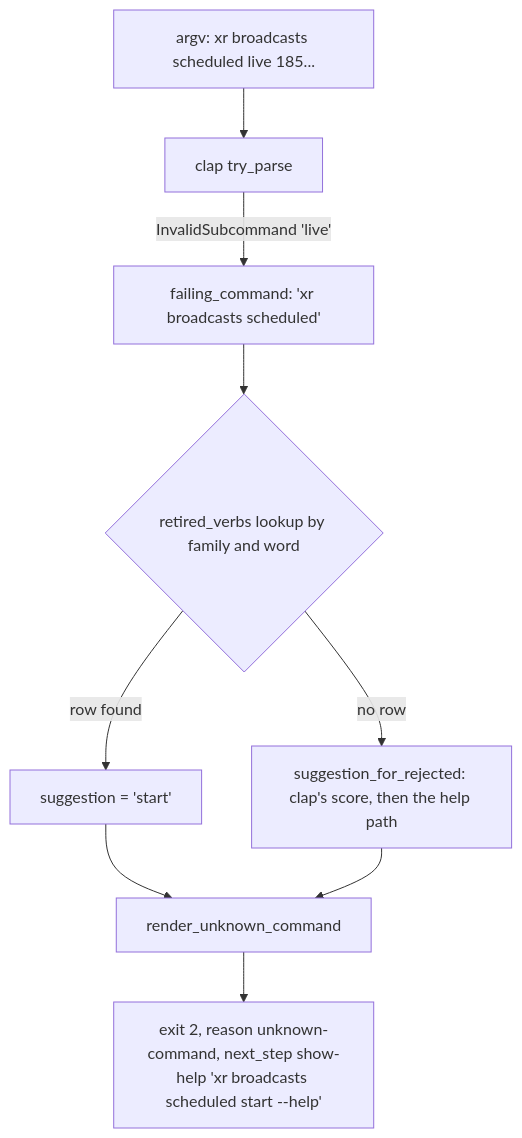
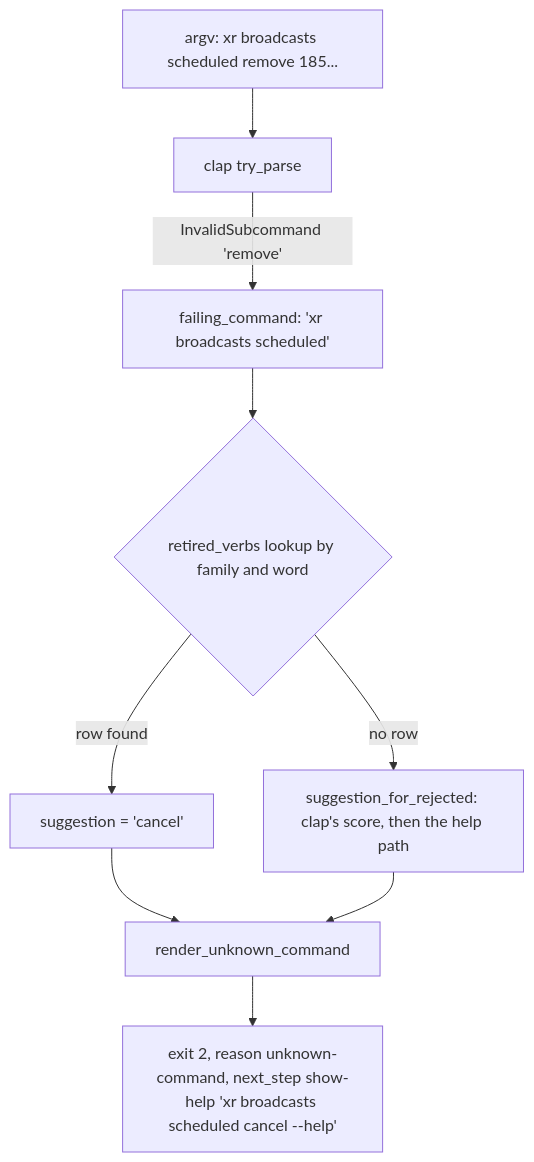
One commit to brettdavies/xurl-rs changed the diagram in docs/plans/2026-10-28-1849-feat-sibling-verb-alignment-plan.md. Above: the diagram before and after it, drawn with Mermaid. The commit also changed other lines of this file, not shown here.

````diff
--- a/docs/plans/2026-10-28-1849-feat-sibling-verb-alignment-plan.md
+++ b/docs/plans/2026-10-28-1849-feat-sibling-verb-alignment-plan.md
@@ -292,11 +270,11 @@
 ```mermaid
 flowchart TB
-  A["argv: xr broadcasts scheduled live 185..."] --> B["clap try_parse"]
-  B -->|InvalidSubcommand 'live'| C["failing_command: 'xr broadcasts scheduled'"]
+  A["argv: xr broadcasts scheduled remove 185..."] --> B["clap try_parse"]
+  B -->|InvalidSubcommand 'remove'| C["failing_command: 'xr broadcasts scheduled'"]
   C --> D{"retired_verbs lookup by family and word"}
-  D -->|row found| E["suggestion = 'start'"]
+  D -->|row found| E["suggestion = 'cancel'"]
   D -->|no row| F["suggestion_for_rejected: clap's score, then the help path"]
   E --> G["render_unknown_command"]
   F --> G
-  G --> H["exit 2, reason unknown-command, next_step show-help 'xr broadcasts scheduled start --help'"]
+  G --> H["exit 2, reason unknown-command, next_step show-help 'xr broadcasts scheduled cancel --help'"]
 ```
````
